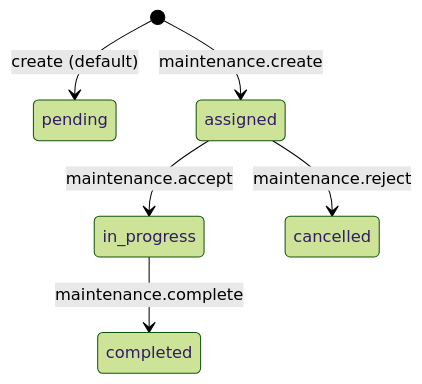
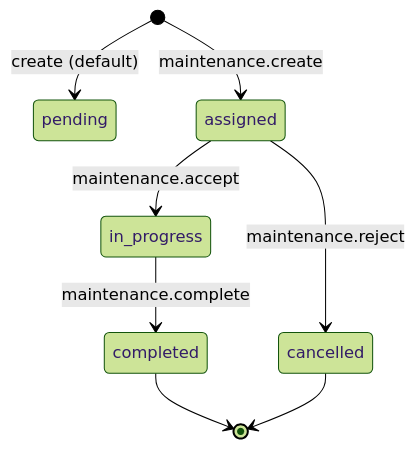
Before and after one commit to klong-dev/IntelliServOps: diagram 15 of 21 in documents/state-machine-catalog.md, drawn with Mermaid (forest theme). The commit also changed other lines of this file and 8 other files, not shown here.

````diff
--- a/documents/state-machine-catalog.md
+++ b/documents/state-machine-catalog.md
@@ -507,8 +525,10 @@
 ```mermaid
 stateDiagram-v2
     [*] --> pending: create (default)
     [*] --> assigned: maintenance.create
     assigned --> in_progress: maintenance.accept
     assigned --> cancelled: maintenance.reject
     in_progress --> completed: maintenance.complete
+    completed --> [*]
+    cancelled --> [*]
 ```
````
